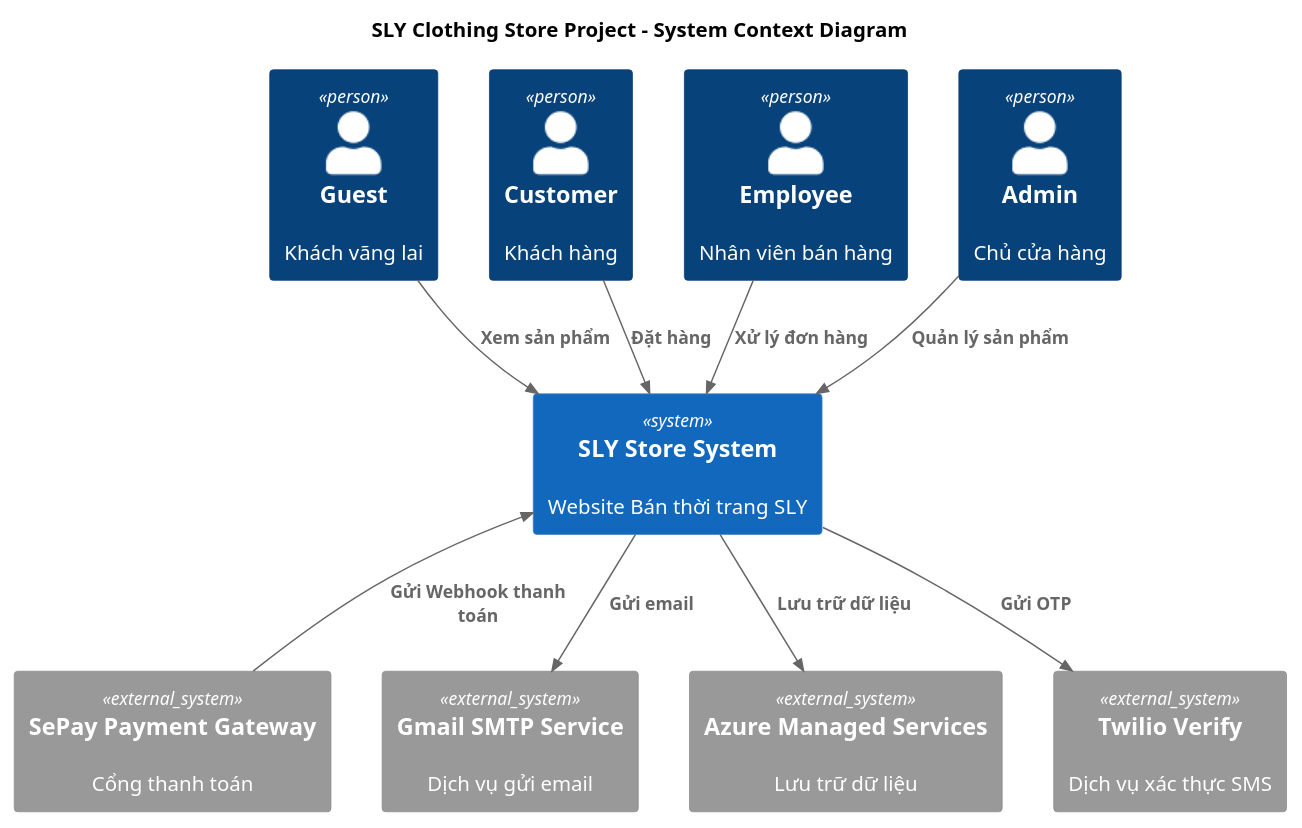
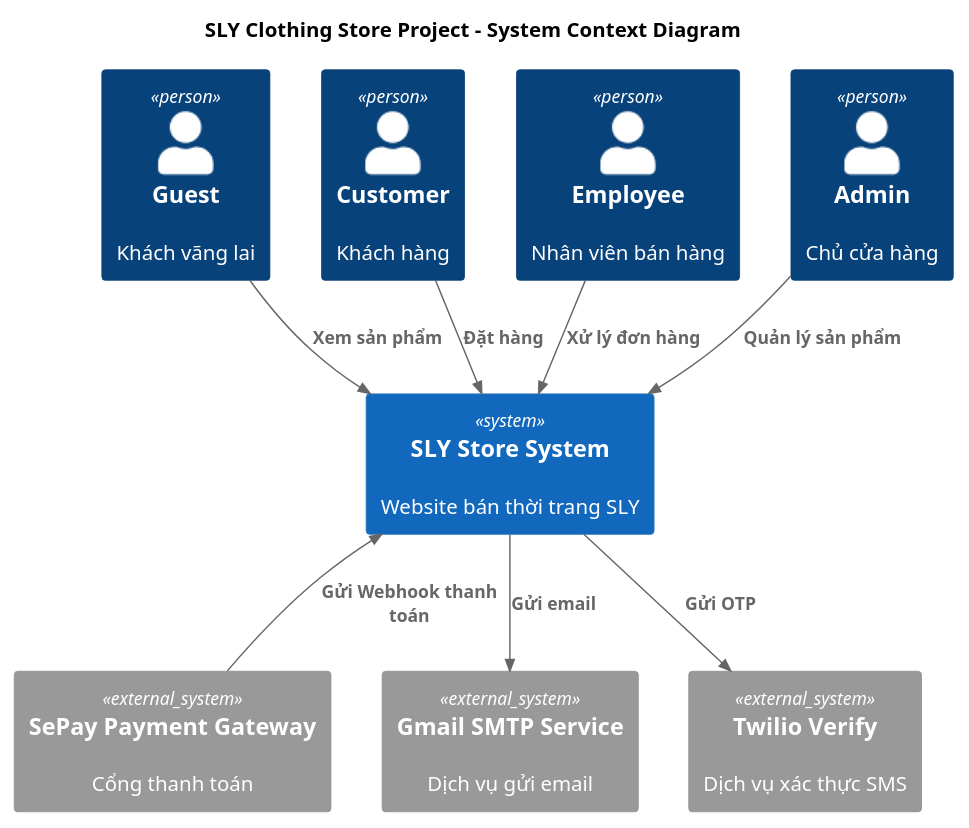
The diagram in .docs/C4Model-System-Context.puml (ptus04/store-project), drawn with PlantUML before and after one commit. The commit also changed 2 other files, not shown here.

```diff
--- a/.docs/C4Model-System-Context.puml
+++ b/.docs/C4Model-System-Context.puml
@@ -1,25 +1,23 @@
 @startuml
 !include <C4/C4_Container>
 
 title SLY Clothing Store Project - System Context Diagram
 
 Person(guest, "Guest", "Khách vãng lai")
 Person(customer, "Customer", "Khách hàng")
 Person(employee, "Employee", "Nhân viên bán hàng")
 Person(admin, "Admin", "Chủ cửa hàng")
 
-System(storeSystem, "SLY Store System", "Website Bán thời trang SLY")
+System(storeSystem, "SLY Store System", "Website bán thời trang SLY")
 System_Ext(sepay, "SePay Payment Gateway", "Cổng thanh toán")
 System_Ext(gmail, "Gmail SMTP Service", "Dịch vụ gửi email")
-System_Ext(azure, "Azure Managed Services", "Lưu trữ dữ liệu")
 System_Ext(twilio, "Twilio Verify", "Dịch vụ xác thực SMS")
 
 Rel(guest, storeSystem, "Xem sản phẩm")
 Rel(customer, storeSystem, "Đặt hàng")
 Rel(employee, storeSystem, "Xử lý đơn hàng")
 Rel(admin, storeSystem, "Quản lý sản phẩm")
 Rel_U(sepay, storeSystem, "Gửi Webhook thanh toán")
 Rel(storeSystem, gmail, "Gửi email")
-Rel(storeSystem, azure, "Lưu trữ dữ liệu")
 Rel(storeSystem, twilio, "Gửi OTP")
 @enduml
```
